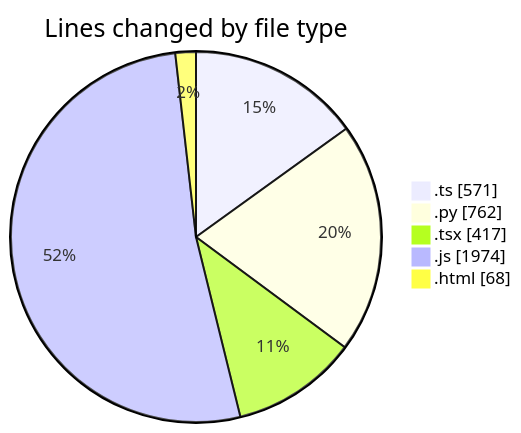
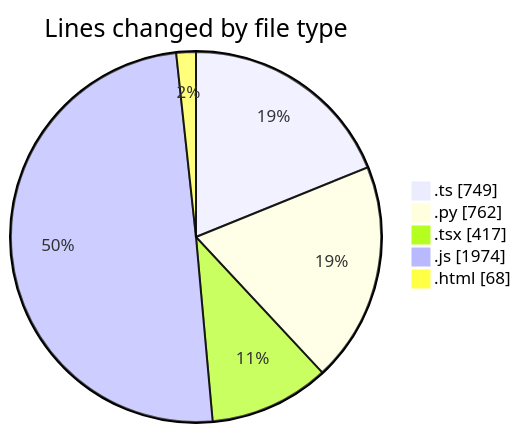
Before and after one commit to Elitesun/code-tracking: the first of 2 diagrams in 2025-05-19/niten/README.md, drawn with Mermaid. The commit also changed other lines of this file and 1 other file, not shown here.

````diff
--- a/2025-05-19/niten/README.md
+++ b/2025-05-19/niten/README.md
@@ -36,9 +38,9 @@
 ```mermaid
 pie showData
 title Lines changed by file type
-".ts" : 571
+".ts" : 749
 ".py" : 762
 ".tsx" : 417
 ".js" : 1974
 ".html" : 68
 ```
````
